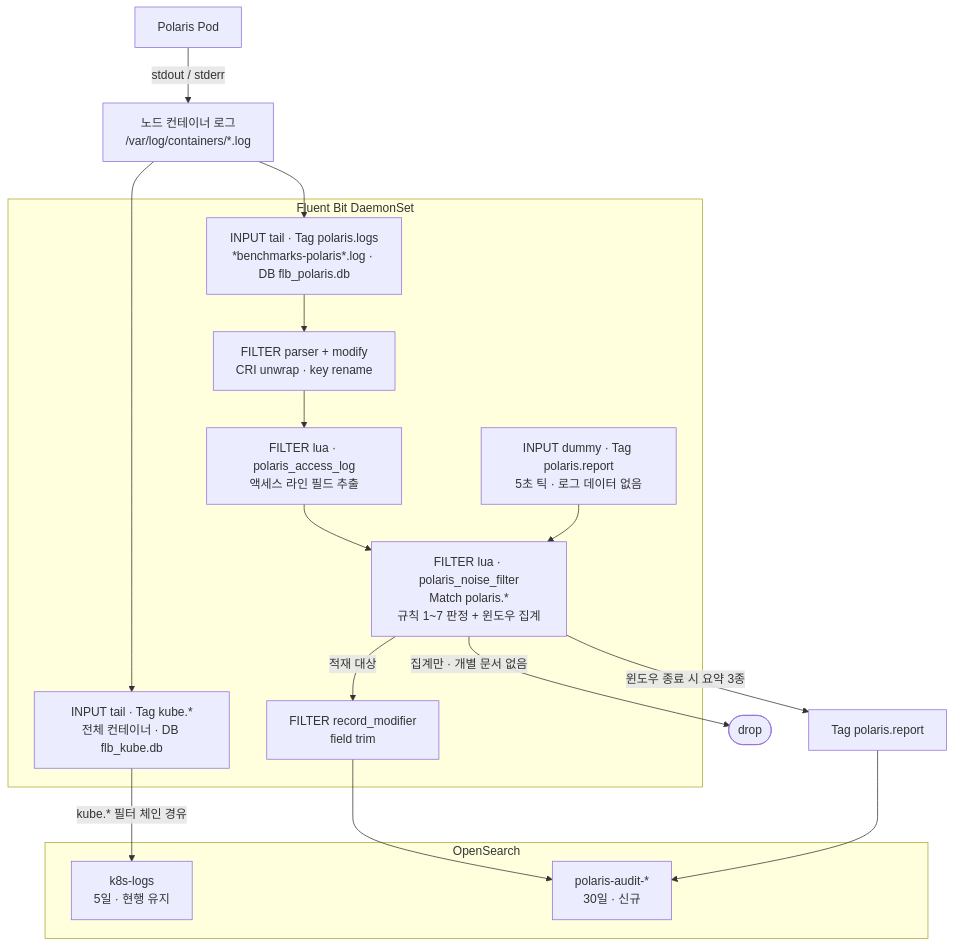
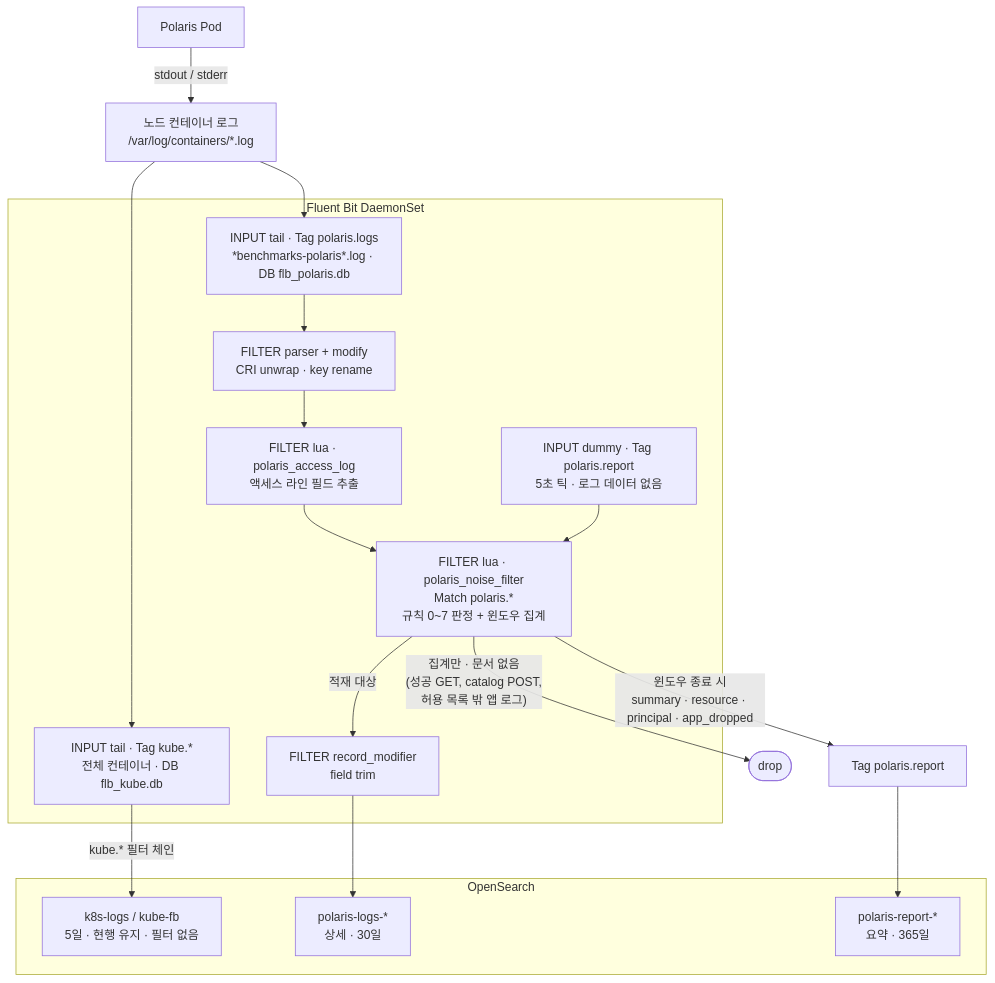
Before and after one commit to enjay27/lakehouse-k8s: the diagram in logging/PROPOSAL-polaris-audit-log-retention.ko.md, drawn with Mermaid. The commit also changed other lines of this file, not shown here.

````diff
--- a/logging/PROPOSAL-polaris-audit-log-retention.ko.md
+++ b/logging/PROPOSAL-polaris-audit-log-retention.ko.md
@@ -41,34 +82,35 @@
 ```mermaid
 flowchart TB
   POL["Polaris Pod"]
   CL["노드 컨테이너 로그<br/>/var/log/containers/*.log"]
   POL -->|"stdout / stderr"| CL
 
   subgraph FB["Fluent Bit DaemonSet"]
     I1["INPUT tail · Tag kube.*<br/>전체 컨테이너 · DB flb_kube.db"]
     I2["INPUT tail · Tag polaris.logs<br/>*benchmarks-polaris*.log · DB flb_polaris.db"]
     I3["INPUT dummy · Tag polaris.report<br/>5초 틱 · 로그 데이터 없음"]
     F1["FILTER parser + modify<br/>CRI unwrap · key rename"]
     F2["FILTER lua · polaris_access_log<br/>액세스 라인 필드 추출"]
-    F3["FILTER lua · polaris_noise_filter<br/>Match polaris.*<br/>규칙 1~7 판정 + 윈도우 집계"]
+    F3["FILTER lua · polaris_noise_filter<br/>Match polaris.*<br/>규칙 0~7 판정 + 윈도우 집계"]
     F4["FILTER record_modifier<br/>field trim"]
   end
 
   CL --> I1
   CL --> I2
   I2 --> F1 --> F2 --> F3
   I3 --> F3
 
   F3 -->|"적재 대상"| F4
-  F3 -->|"집계만 · 개별 문서 없음"| DROP(["drop"])
-  F3 -->|"윈도우 종료 시 요약 3종"| RPT["Tag polaris.report"]
+  F3 -->|"집계만 · 문서 없음<br/>(성공 GET, catalog POST,<br/>허용 목록 밖 앱 로그)"| DROP(["drop"])
+  F3 -->|"윈도우 종료 시<br/>summary · resource · principal · app_dropped"| RPT["Tag polaris.report"]
 
   subgraph OS["OpenSearch"]
-    IDX1["k8s-logs<br/>5일 · 현행 유지"]
-    IDX2["polaris-audit-*<br/>30일 · 신규"]
+    IDX1["k8s-logs / kube-fb<br/>5일 · 현행 유지 · 필터 없음"]
+    IDX2["polaris-logs-*<br/>상세 · 30일"]
+    IDX3["polaris-report-*<br/>요약 · 365일"]
   end
 
-  I1 -->|"kube.* 필터 체인 경유"| IDX1
+  I1 -->|"kube.* 필터 체인"| IDX1
   F4 --> IDX2
-  RPT --> IDX2
+  RPT --> IDX3
 ```
````
